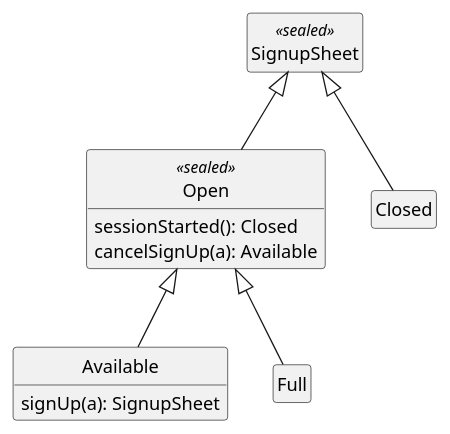
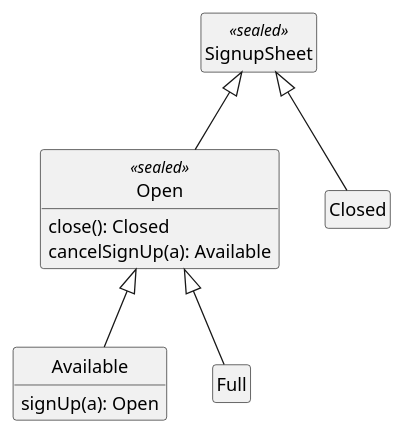
Before and after one commit to npryce/learn-you-a-kotlin: the third of 3 diagrams in INSTRUCTIONS.part4.md, drawn with PlantUML. The commit also changed other lines of this file and 4 other files, not shown here.

```diff
--- a/INSTRUCTIONS.part4.md
+++ b/INSTRUCTIONS.part4.md
@@ -426,18 +426,18 @@
 ~~~plantuml
 hide empty members
 hide circle
 
 class SignupSheet <<sealed>>
 class Open <<sealed>> extends SignupSheet {
-    sessionStarted(): Closed
+    close(): Closed
     cancelSignUp(a): Available
 }
 
 class Available extends Open {
-    signUp(a): SignupSheet
+    signUp(a): Open
 }
 
 class Full extends Open
 
 class Closed extends SignupSheet
 ~~~
```
